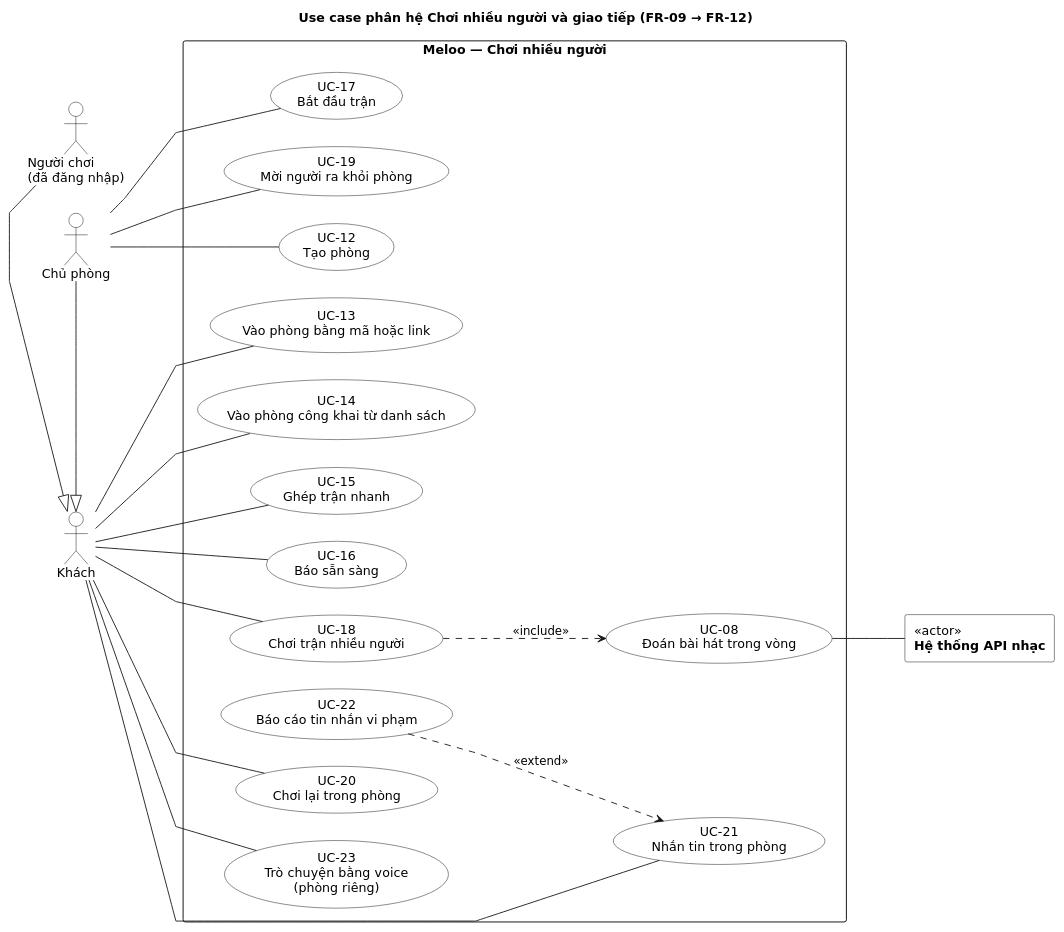
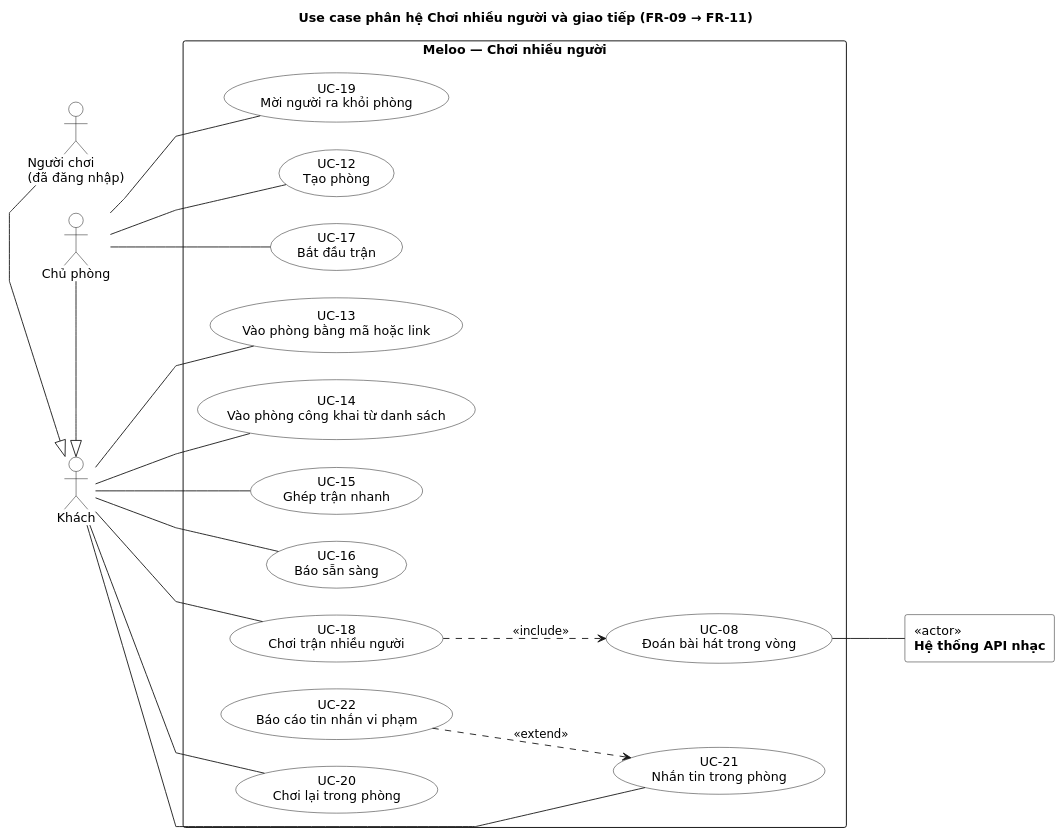
The diagram in docs/uml/usecase/uc-03-nhieu-nguoi.puml (ThaiDevv/meloo), drawn with PlantUML before and after one commit. The commit also changed 32 other files, not shown here.

```diff
--- a/docs/uml/usecase/uc-03-nhieu-nguoi.puml
+++ b/docs/uml/usecase/uc-03-nhieu-nguoi.puml
@@ -1,57 +1,55 @@
 @startuml uc-03-nhieu-nguoi
-title Use case phân hệ Chơi nhiều người và giao tiếp (FR-09 → FR-12)
+title Use case phân hệ Chơi nhiều người và giao tiếp (FR-09 → FR-11)
 left to right direction
 skinparam shadowing false
 skinparam linetype polyline
 skinparam nodesep 30
 skinparam ranksep 80
 skinparam defaultFontName DejaVu Sans
 skinparam usecase {
   BackgroundColor white
   BorderColor black
 }
 skinparam actor {
   BackgroundColor white
   BorderColor black
 }
 skinparam rectangle {
   BackgroundColor white
   BorderColor black
 }
 
 actor "Khách" as Khach
 actor "Người chơi\n(đã đăng nhập)" as NguoiChoi
 NguoiChoi -|> Khach
 actor "Chủ phòng" as ChuPhong
 ChuPhong -|> Khach
 rectangle "<<actor>>\n**Hệ thống API nhạc**" as Music
 rectangle "**Meloo — Chơi nhiều người**" {
   usecase "UC-12\nTạo phòng" as UC12
   usecase "UC-13\nVào phòng bằng mã hoặc link" as UC13
   usecase "UC-14\nVào phòng công khai từ danh sách" as UC14
   usecase "UC-15\nGhép trận nhanh" as UC15
   usecase "UC-16\nBáo sẵn sàng" as UC16
   usecase "UC-17\nBắt đầu trận" as UC17
   usecase "UC-19\nMời người ra khỏi phòng" as UC19
   usecase "UC-18\nChơi trận nhiều người" as UC18
   usecase "UC-08\nĐoán bài hát trong vòng" as UC08
   usecase "UC-21\nNhắn tin trong phòng" as UC21
   usecase "UC-22\nBáo cáo tin nhắn vi phạm" as UC22
   usecase "UC-20\nChơi lại trong phòng" as UC20
-  usecase "UC-23\nTrò chuyện bằng voice\n(phòng riêng)" as UC23
 }
 ChuPhong -- UC12
 ChuPhong -- UC17
 ChuPhong -- UC19
 Khach -- UC13
 Khach -- UC14
 Khach -- UC15
 Khach -- UC16
 Khach -- UC18
 Khach -- UC20
 Khach -- UC21
-Khach -- UC23
 UC18 ..> UC08 : <<include>>
 UC22 ..> UC21 : <<extend>>
 UC08 -- Music
 @enduml
```
